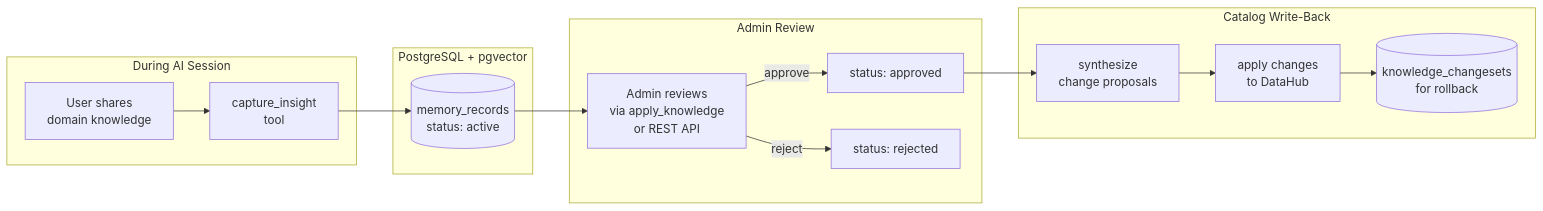
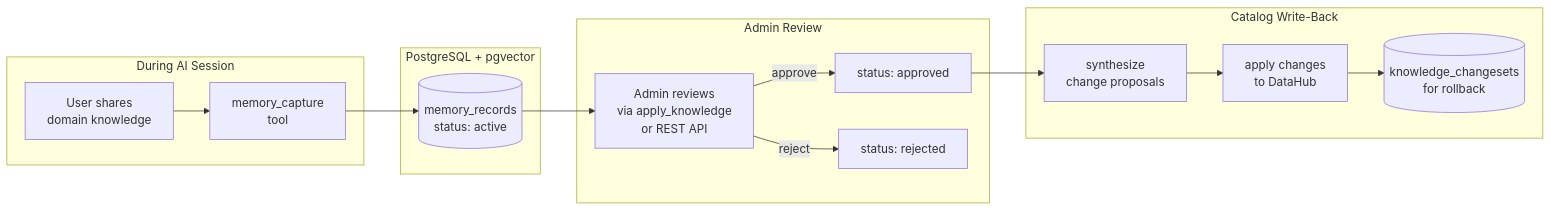
The first of 3 diagrams in docs/knowledge/overview.md (txn2/mcp-data-platform), drawn with Mermaid before and after one commit. The commit also changed other lines of this file and 48 other files, not shown here.

````diff
--- a/docs/knowledge/overview.md
+++ b/docs/knowledge/overview.md
@@ -22,22 +22,22 @@
 ```mermaid
 flowchart LR
     subgraph "During AI Session"
-        A[User shares<br/>domain knowledge] --> B[capture_insight<br/>tool]
+        A[User shares<br/>domain knowledge] --> B[memory_capture<br/>tool]
     end
 
     subgraph "PostgreSQL + pgvector"
         B --> C[(memory_records<br/>status: active)]
     end
 
     subgraph "Admin Review"
         C --> D[Admin reviews<br/>via apply_knowledge<br/>or REST API]
         D -->|approve| E[status: approved]
         D -->|reject| F[status: rejected]
     end
 
     subgraph "Catalog Write-Back"
         E --> G[synthesize<br/>change proposals]
         G --> H[apply changes<br/>to DataHub]
         H --> I[(knowledge_changesets<br/>for rollback)]
     end
 ```
````
